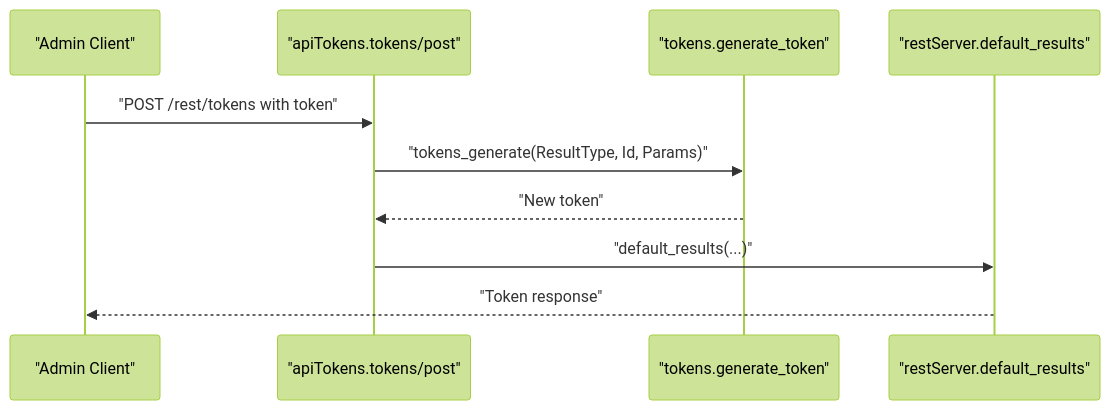
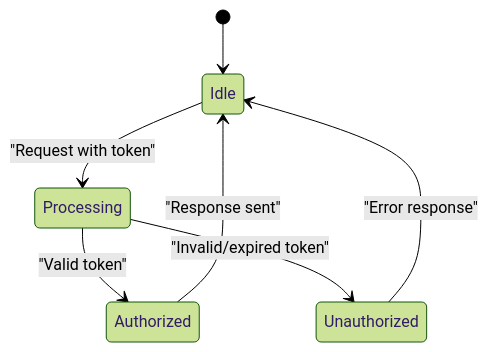
The eighth of 10 diagrams in .qoder/repowiki/en/content/Authentication and Security.md (time-link/timelink-kleio), drawn with Mermaid (forest theme) before and after one commit. The commit also changed other lines of this file and 225 other files, not shown here.

````diff
--- a/.qoder/repowiki/en/content/Authentication and Security.md
+++ b/.qoder/repowiki/en/content/Authentication and Security.md
@@ -295,12 +300,9 @@
 ```mermaid
-sequenceDiagram
-participant Admin as "Admin Client"
-participant API as "apiTokens.tokens/post"
-participant TOK as "tokens.generate_token"
-participant RESP as "restServer.default_results"
-Admin->>API : "POST /rest/tokens with token"
-API->>TOK : "tokens_generate(ResultType, Id, Params)"
-TOK-->>API : "New token"
-API->>RESP : "default_results(...)"
-RESP-->>Admin : "Token response"
+stateDiagram-v2
+[*] --> Idle
+Idle --> Processing : "Request with token"
+Processing --> Authorized : "Valid token"
+Processing --> Unauthorized : "Invalid/expired token"
+Authorized --> Idle : "Response sent"
+Unauthorized --> Idle : "Error response"
 ```
````
